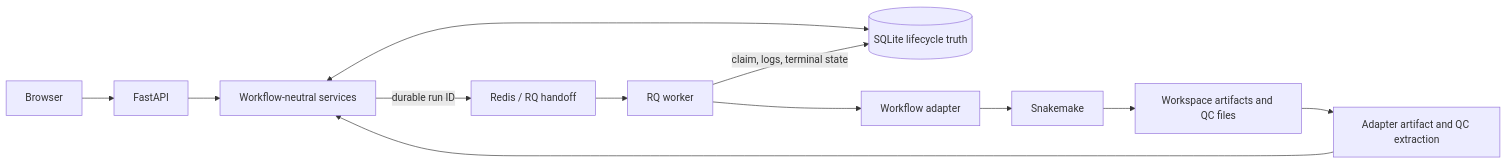
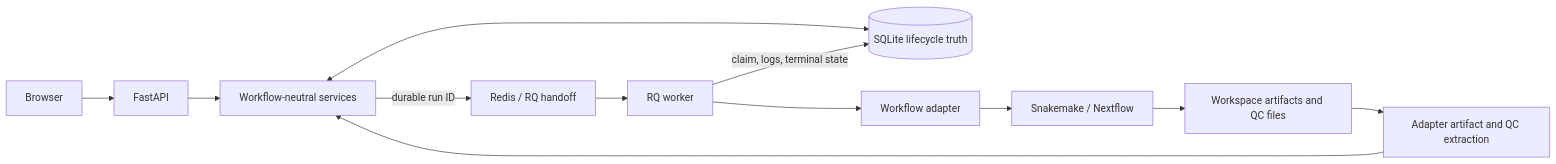
Before and after one commit to ZichenYang-glitch/ENCODE-style-ChIPseq-CUT-Tag-pipeline: the first of 2 diagrams in README.md, drawn with Mermaid. The commit also changed other lines of this file and 36 other files, not shown here.

````diff
--- a/README.md
+++ b/README.md
@@ -23,14 +28,14 @@
 ```mermaid
 flowchart LR
     Browser[Browser] --> API[FastAPI]
     API --> Services[Workflow-neutral services]
     Services <--> SQLite[(SQLite lifecycle truth)]
     Services -->|durable run ID| Queue[Redis / RQ handoff]
     Queue --> Worker[RQ worker]
     Worker --> Adapter[Workflow adapter]
-    Adapter --> Engine[Snakemake]
+    Adapter --> Engine[Snakemake / Nextflow]
     Engine --> Files[Workspace artifacts and QC files]
     Files --> Extract[Adapter artifact and QC extraction]
     Extract --> Services
     Worker -->|claim, logs, terminal state| SQLite
 ```
````
